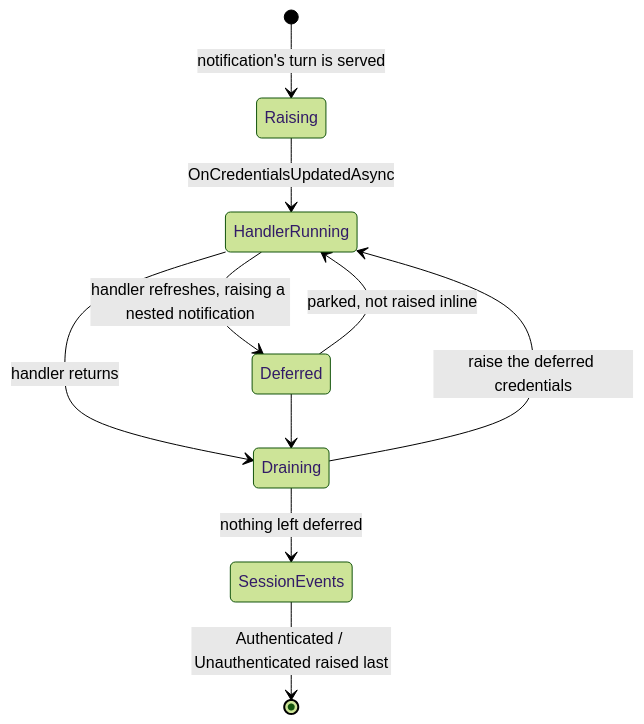
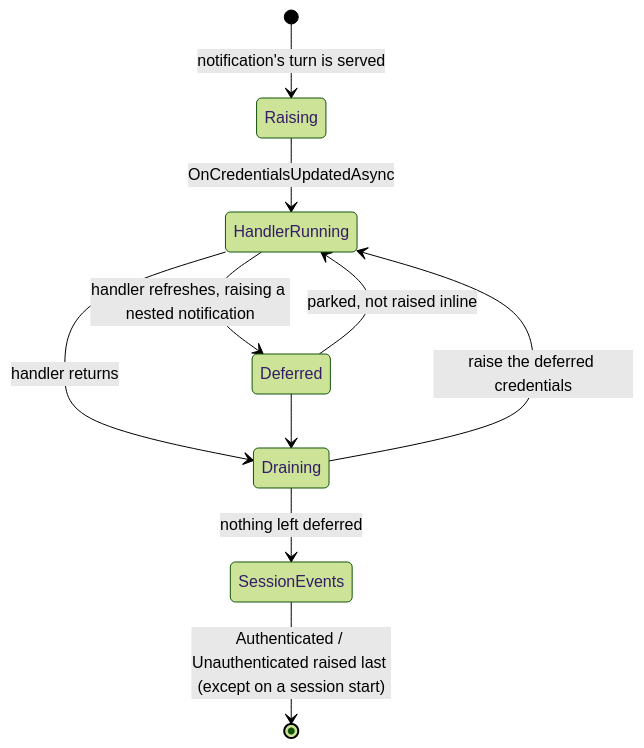
Before and after one commit to blowdart/idunno.Bluesky: the third of 3 diagrams in devnotes/credential-lifecycle-and-locking.md, drawn with Mermaid (forest theme). The commit also changed other lines of this file and 4 other files, not shown here.

````diff
--- a/devnotes/credential-lifecycle-and-locking.md
+++ b/devnotes/credential-lifecycle-and-locking.md
@@ -179,12 +185,12 @@
 ```mermaid
 stateDiagram-v2
     [*] --> Raising: notification's turn is served
     Raising --> HandlerRunning: OnCredentialsUpdatedAsync
     HandlerRunning --> Deferred: handler refreshes, raising a nested notification
     Deferred --> HandlerRunning: parked, not raised inline
     HandlerRunning --> Draining: handler returns
     Deferred --> Draining
     Draining --> HandlerRunning: raise the deferred credentials
     Draining --> SessionEvents: nothing left deferred
-    SessionEvents --> [*]: Authenticated / Unauthenticated raised last
+    SessionEvents --> [*]: Authenticated / Unauthenticated raised last (except on a session start)
 ```
````
